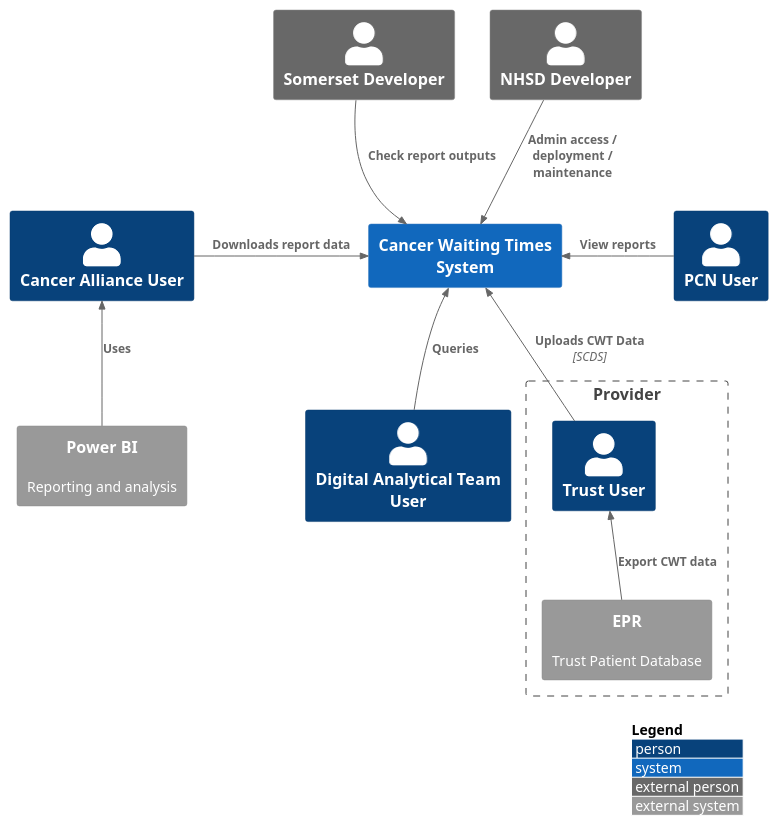
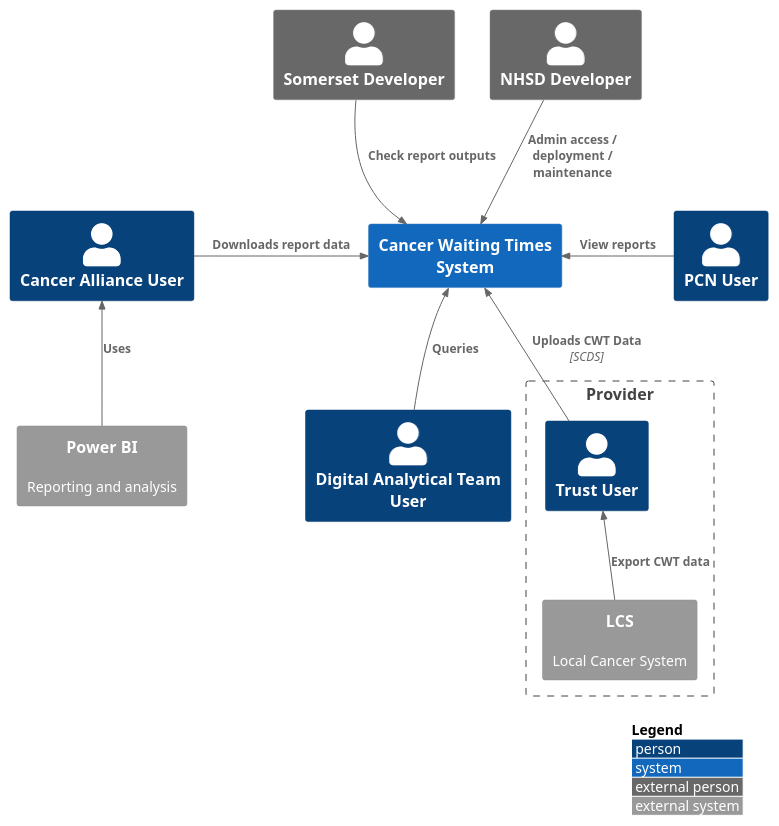
One commit to nhsx/dt-public changed the diagram in CWT/C4/system-context-component.puml. Above: the diagram before and after it, drawn with PlantUML. The commit also changed 5 other files, not shown here.

Commit message:
Update file(s) "/." from "nhsx/dt-architecture"

```diff
--- a/CWT/C4/system-context-component.puml
+++ b/CWT/C4/system-context-component.puml
@@ -1,30 +1,30 @@
 @startuml C4_Elements
 !include <C4/C4_Context>
 
 Person(cau, "Cancer Alliance User", "")
 Person(dau, "Digital Analytical Team User", "")
 Person(pcu, "PCN User", "")
 Person_Ext(sdv, "Somerset Developer", "")
 Person_Ext(ndv, "NHSD Developer", "")
 
 System(cwt, "Cancer Waiting Times System", "")
 System_Ext(pbi, "Power BI", "Reporting and analysis")
 
 Boundary("trust", "Provider", "") {
   Person(tu, "Trust User", "")
-  System_Ext(tdb, "EPR", "Trust Patient Database")
+  System_Ext(tdb, "LCS", "Local Cancer System")
 }
 
 Rel_R(cau, cwt, "Downloads report data", "")
 Rel_L(pcu, cwt, "View reports", "")
 Rel_U(tu, cwt, "Uploads CWT Data", "SCDS")
 Rel_U(dau, cwt, "Queries", "")
 Rel_U(pbi, cau, "Uses", "")
 
 Rel(ndv, cwt, "Admin access / deployment / maintenance")
 Rel(sdv, cwt, "Check report outputs")
 
 Rel_U(tdb, tu, "Export CWT data")
 
 LAYOUT_WITH_LEGEND()
 @enduml
```
